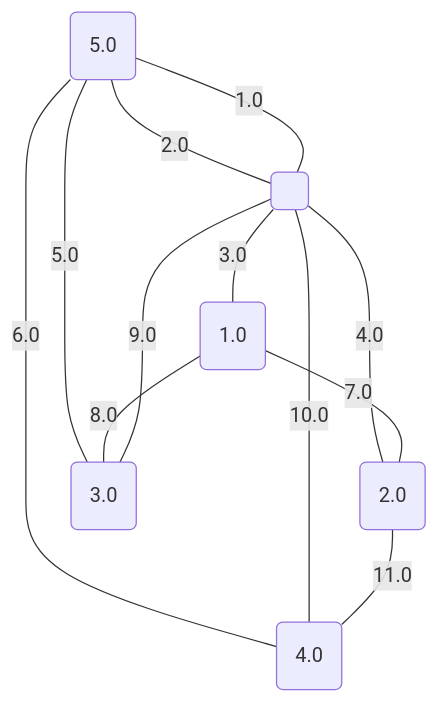
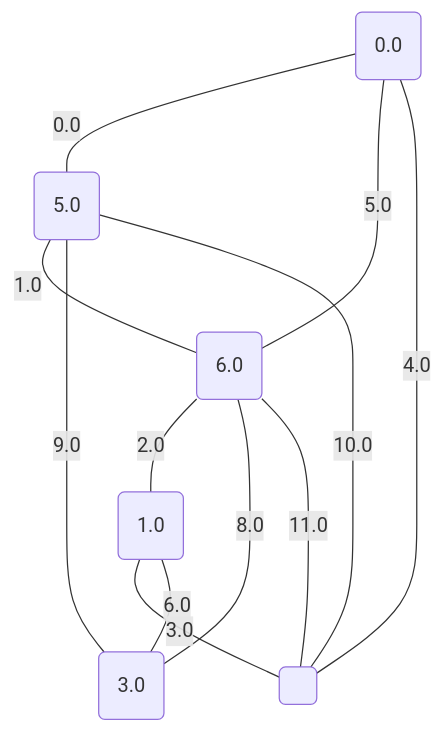
The ninth of 17 diagrams in project/src/testing/minCutPetersen.md (metury/graphs), drawn with Mermaid before and after one commit. The commit also changed other lines of this file and 52 other files, not shown here.

````diff
--- a/project/src/testing/minCutPetersen.md
+++ b/project/src/testing/minCutPetersen.md
@@ -243,20 +243,20 @@
 ```mermaid
 graph TD;
-0("1.0");
-1("2.0");
+0("0.0");
+1("1.0");
 2("3.0");
-3("4.0");
-4("5.0");
+3("5.0");
+4("6.0");
 5(" ");
-	5 -- "1.0" --- 4;
-	4 -- "2.0" --- 5;
-	5 -- "3.0" --- 0;
-	5 -- "4.0" --- 1;
-	4 -- "5.0" --- 2;
-	4 -- "6.0" --- 3;
-	0 -- "7.0" --- 1;
-	0 -- "8.0" --- 2;
-	5 -- "9.0" --- 2;
-	5 -- "10.0" --- 3;
-	1 -- "11.0" --- 3;
+	0 -- "0.0" --- 3;
+	3 -- "1.0" --- 4;
+	4 -- "2.0" --- 1;
+	1 -- "3.0" --- 5;
+	5 -- "4.0" --- 0;
+	0 -- "5.0" --- 4;
+	1 -- "6.0" --- 2;
+	4 -- "8.0" --- 2;
+	3 -- "9.0" --- 2;
+	3 -- "10.0" --- 5;
+	4 -- "11.0" --- 5;
 ```
````
